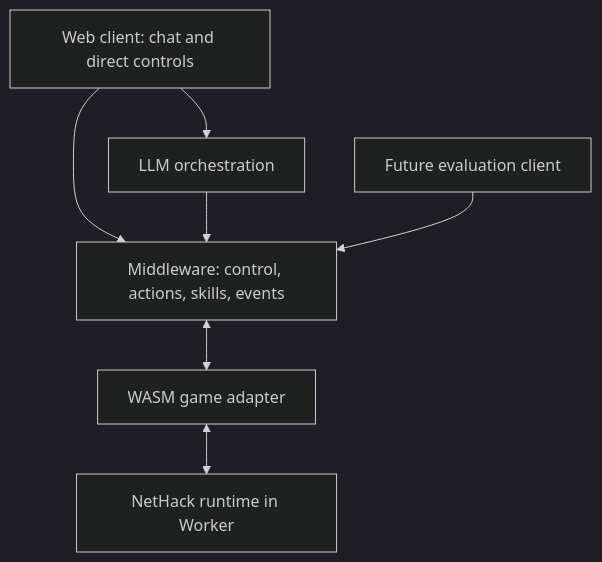
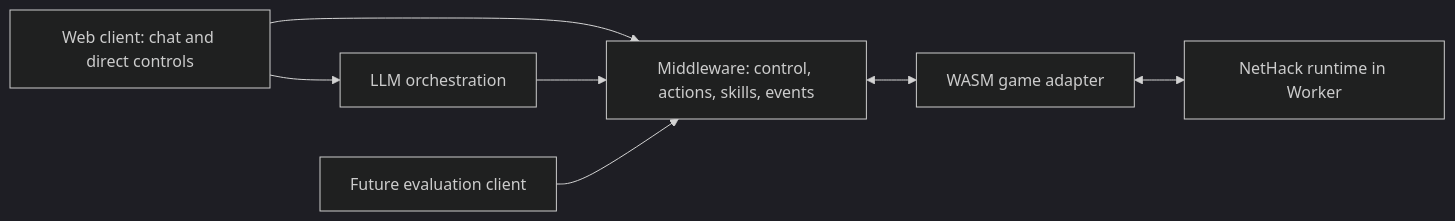
The diagram in README.md (yeasen-z/dsh-nethack), drawn with Mermaid (dark theme) before and after one commit. The commit also changed other lines of this file and 8 other files, not shown here.

````diff
--- a/README.md
+++ b/README.md
@@ -96,9 +109,9 @@
 ```mermaid
-flowchart TD
+flowchart LR
     UI["Web client: chat and direct controls"] --> Agent["LLM orchestration"]
     UI --> Core["Middleware: control, actions, skills, events"]
     Agent --> Core
     Eval["Future evaluation client"] --> Core
     Core <--> Adapter["WASM game adapter"]
     Adapter <--> Runtime["NetHack runtime in Worker"]
 ```
````
